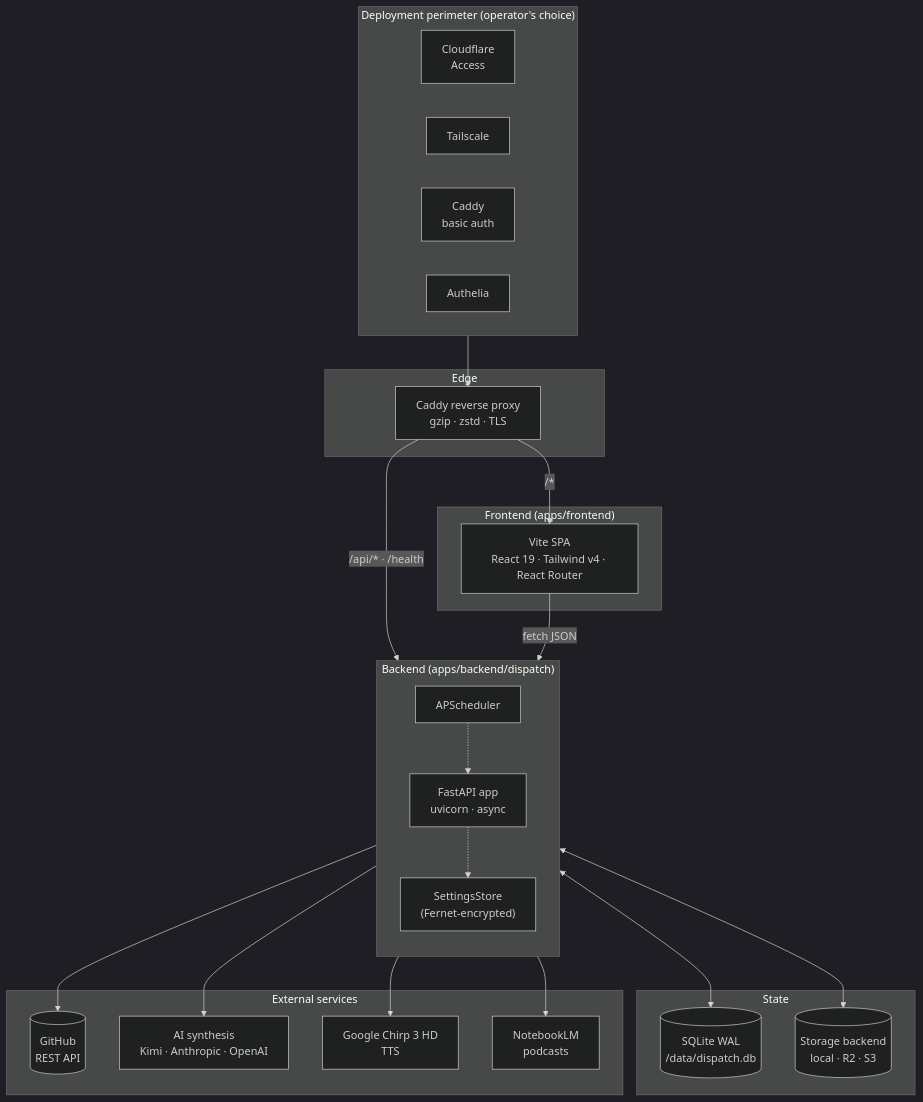
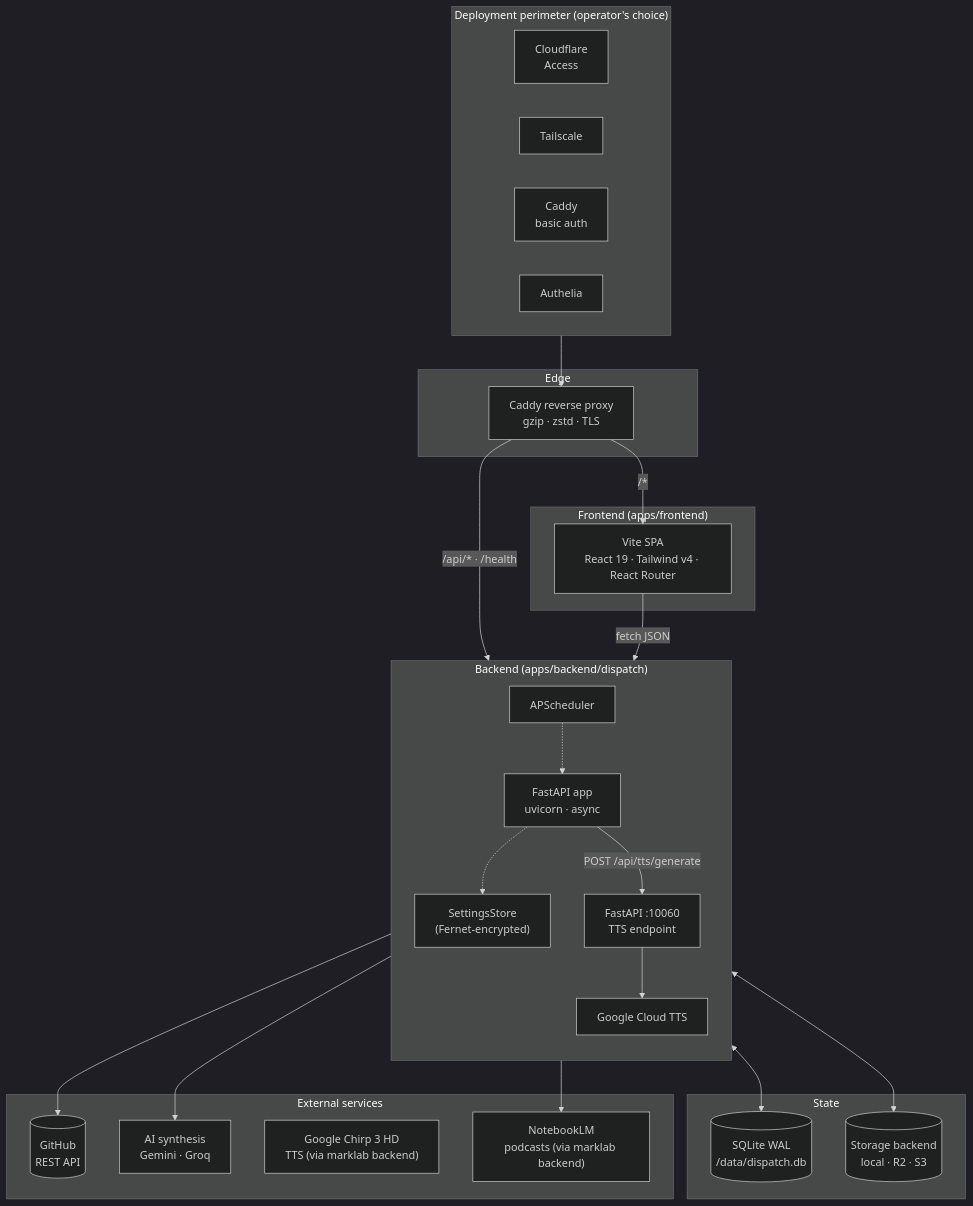
The first of 3 diagrams in docs/architecture/ARCHITECTURE.md (markdavidgan/dispatch), drawn with Mermaid (dark theme) before and after one commit. The commit also changed other lines of this file and 5 other files, not shown here.

First line of the commit message:
docs: update architecture for hybrid Vercel + marklab deployment

````diff
--- a/docs/architecture/ARCHITECTURE.md
+++ b/docs/architecture/ARCHITECTURE.md
@@ -32,50 +35,56 @@
 ```mermaid
 flowchart TB
     subgraph perimeter["Deployment perimeter (operator's choice)"]
         direction LR
         cf["Cloudflare<br/>Access"]
         ts["Tailscale"]
         ba["Caddy<br/>basic auth"]
         au["Authelia"]
     end
 
     subgraph edge["Edge"]
         caddy["Caddy reverse proxy<br/>gzip · zstd · TLS"]
     end
 
     subgraph frontend["Frontend (apps/frontend)"]
         spa["Vite SPA<br/>React 19 · Tailwind v4 · React Router"]
     end
 
     subgraph backend["Backend (apps/backend/dispatch)"]
         direction TB
         api["FastAPI app<br/>uvicorn · async"]
         sched["APScheduler"]
         store["SettingsStore<br/>(Fernet-encrypted)"]
         api -.-> store
         sched -.-> api
     end
 
     subgraph data["State"]
         db[("SQLite WAL<br/>/data/dispatch.db")]
         media[("Storage backend<br/>local · R2 · S3")]
     end
 
     subgraph external["External services"]
         gh[("GitHub<br/>REST API")]
-        ai["AI synthesis<br/>Kimi · Anthropic · OpenAI"]
-        tts["Google Chirp 3 HD<br/>TTS"]
-        nlm["NotebookLM<br/>podcasts"]
+        ai["AI synthesis<br/>Gemini · Groq"]
+        tts["Google Chirp 3 HD<br/>TTS (via marklab backend)"]
+        nlm["NotebookLM<br/>podcasts (via marklab backend)"]
     end
 
     perimeter --> caddy
     caddy -->|"/*"| spa
     caddy -->|"/api/* · /health"| api
     spa -->|fetch JSON| api
     api <--> db
     api <--> media
+    api -->|"POST /api/tts/generate"| tts_be
     sched --> gh
     sched --> ai
-    sched --> tts
     sched --> nlm
+    tts_be --> tts_ext
+
+    subgraph backend["Backend (marklab)"]
+        tts_be["FastAPI :10060\nTTS endpoint"]
+        tts_ext["Google Cloud TTS"]
+    end
 ```
````
